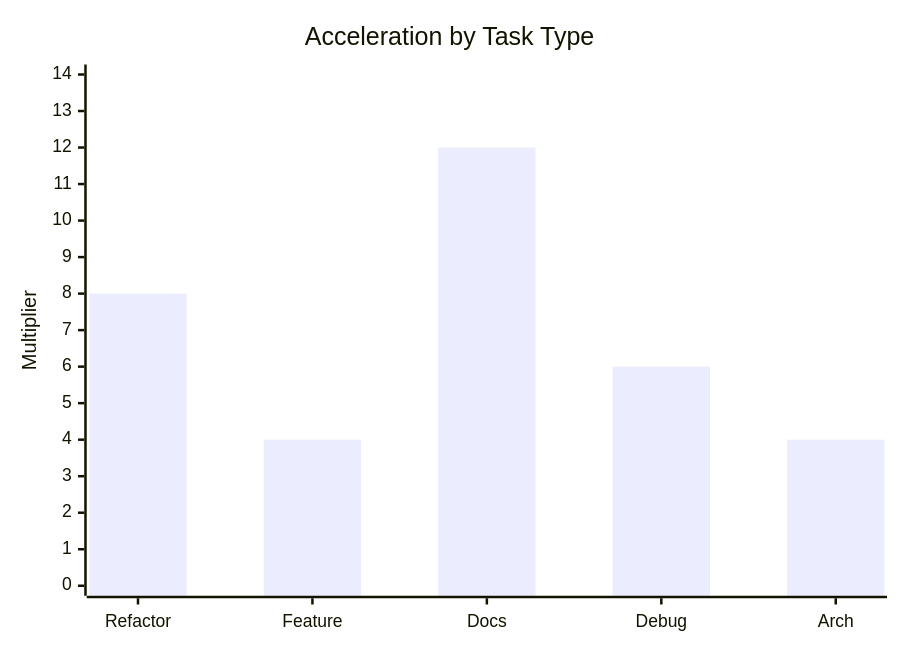
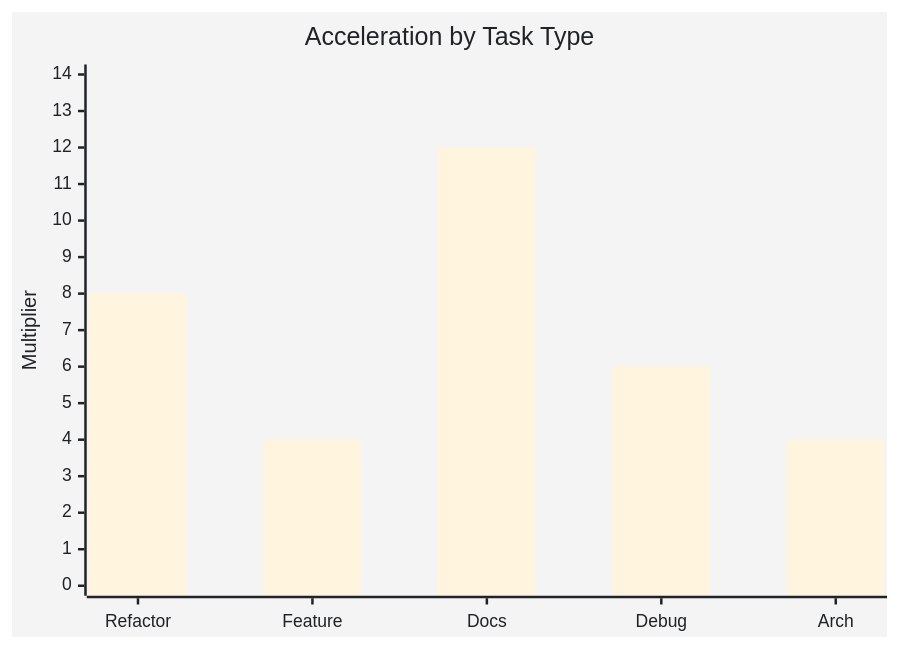
Before and after one commit to fabioc-aloha/Alex_Plug_In: the fifth of 17 diagrams in alex_docs/AI-ASSISTED-DEVELOPMENT-METHODOLOGY.md, drawn with Mermaid. The commit also changed other lines of this file, not shown here.

First line of the commit message:
style: polish Mermaid diagrams with GitHub-compatible color scheme

````diff
--- a/alex_docs/AI-ASSISTED-DEVELOPMENT-METHODOLOGY.md
+++ b/alex_docs/AI-ASSISTED-DEVELOPMENT-METHODOLOGY.md
@@ -347,7 +347,8 @@
 ```mermaid
+%%{init: {'theme': 'base', 'themeVariables': { 'primaryColor': '#e3f2fd', 'primaryTextColor': '#1f2328', 'primaryBorderColor': '#1565c0', 'lineColor': '#656d76'}}}%%
 xychart-beta
     title "Acceleration by Task Type"
     x-axis [Refactor, Feature, Docs, Debug, Arch]
     y-axis "Multiplier" 0 --> 14
     bar [8, 4, 12, 6, 4]
 ```
````
